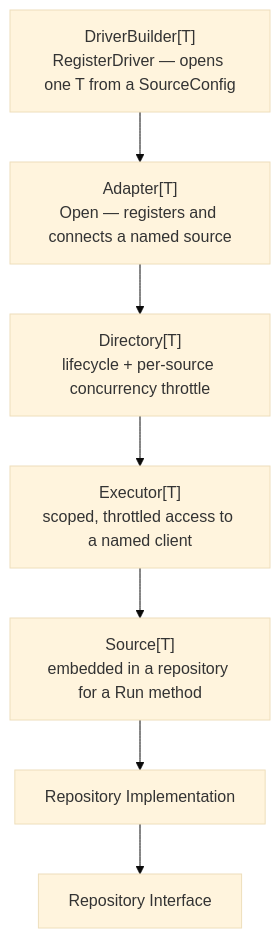
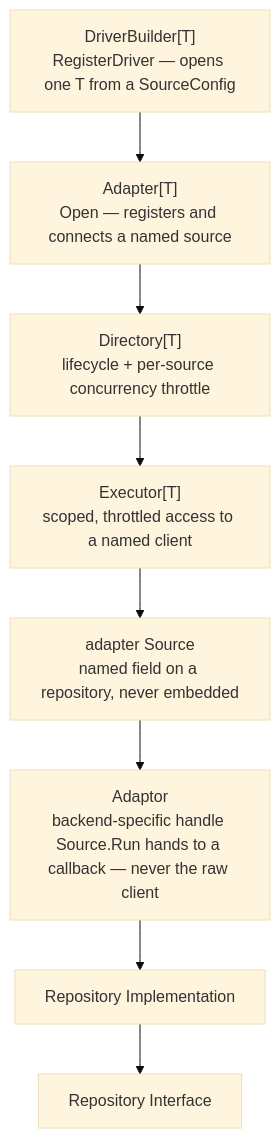
One commit to loykin/dbstore changed the diagram in README.md. Above: the diagram before and after it, drawn with Mermaid (base theme). The commit also changed other lines of this file and 51 other files, not shown here.

Commit message:
Refactor Elasticsearch and OpenSearch adapters: replace direct client callbacks with adapter-level abstraction, streamline repository implementations, update README with new adapter usage guidelines, and revise compliance test structure for better portability.

````diff
--- a/README.md
+++ b/README.md
@@ -210,12 +219,13 @@
 ```mermaid
 flowchart TD
     A["DriverBuilder[T]<br/>RegisterDriver — opens one T from a SourceConfig"]
     B["Adapter[T]<br/>Open — registers and connects a named source"]
     C["Directory[T]<br/>lifecycle + per-source concurrency throttle"]
     D["Executor[T]<br/>scoped, throttled access to a named client"]
-    E["Source[T]<br/>embedded in a repository for a Run method"]
+    E["adapter Source<br/>named field on a repository, never embedded"]
+    H["Adaptor<br/>backend-specific handle Source.Run hands to a callback — never the raw client"]
     F[Repository Implementation]
     G[Repository Interface]
 
-    A --> B --> C --> D --> E --> F --> G
+    A --> B --> C --> D --> E --> H --> F --> G
 ```
````
